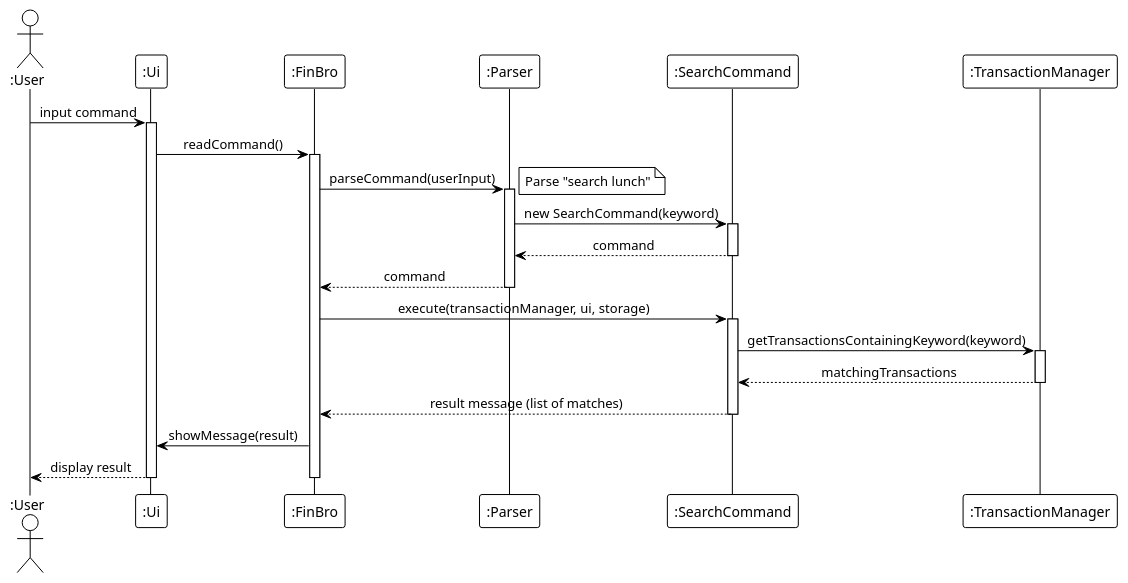
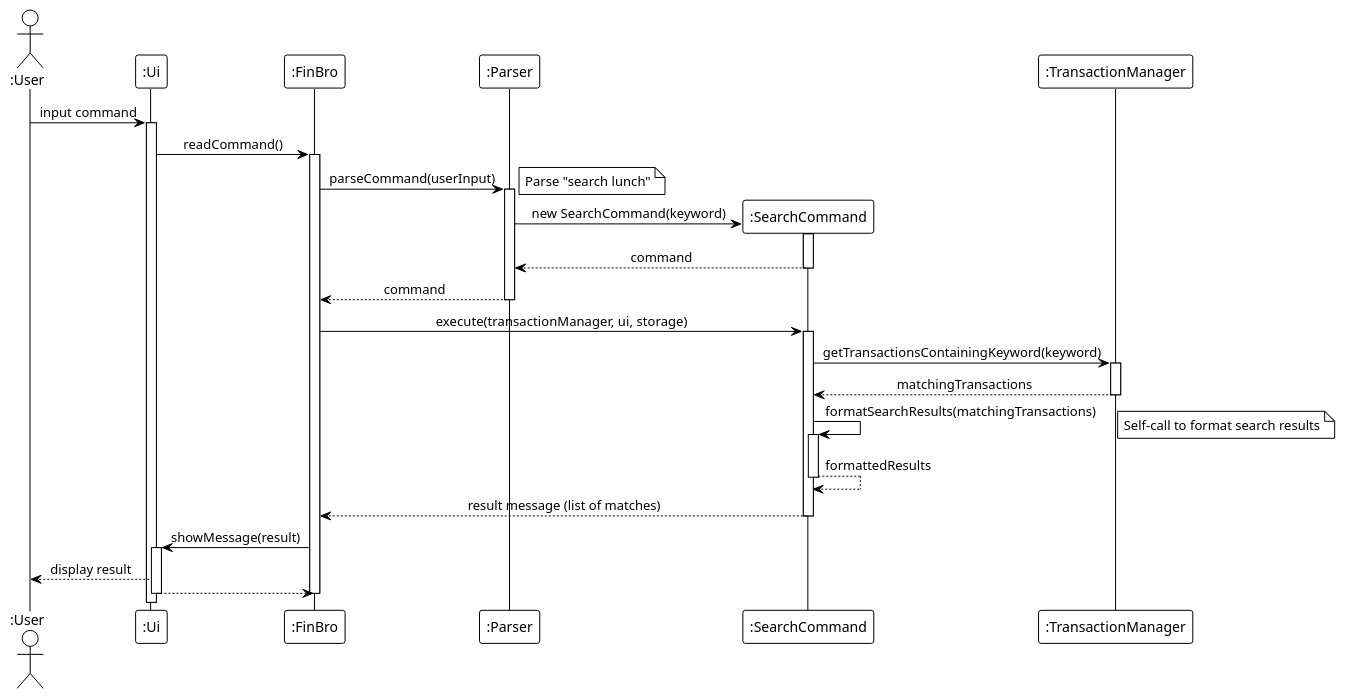
One commit to laitcanard05/tp changed the diagram in docs/diagrams/puml/sequence/sequence-search.puml. Above: the diagram before and after it, drawn with PlantUML. The commit also changed 38 other files, not shown here.

```diff
--- a/docs/diagrams/puml/sequence/sequence-search.puml
+++ b/docs/diagrams/puml/sequence/sequence-search.puml
@@ -1,46 +1,56 @@
 @startuml
 !theme plain
 skinparam sequenceMessageAlign center
 skinparam responseMessageBelowArrow true
+skinparam lifelineStrategy nosolid
 
 actor ":User" as User
 participant ":Ui" as UI
 participant ":FinBro" as FinBro
 participant ":Parser" as Parser
 participant ":SearchCommand" as SearchCommand
 participant ":TransactionManager" as TransactionMgr
 
 User -> UI : input command
 activate UI
 
 UI -> FinBro : readCommand()
 activate FinBro
 
 FinBro -> Parser : parseCommand(userInput)
 activate Parser
 note right: Parse "search lunch"
 
+create SearchCommand
 Parser -> SearchCommand : new SearchCommand(keyword)
 activate SearchCommand
 SearchCommand --> Parser : command
 deactivate SearchCommand
 Parser --> FinBro : command
 deactivate Parser
 
 FinBro -> SearchCommand : execute(transactionManager, ui, storage)
 activate SearchCommand
 
 SearchCommand -> TransactionMgr : getTransactionsContainingKeyword(keyword)
 activate TransactionMgr
 TransactionMgr --> SearchCommand : matchingTransactions
 deactivate TransactionMgr
 
+SearchCommand -> SearchCommand : formatSearchResults(matchingTransactions)
+activate SearchCommand
+note right: Self-call to format search results
+SearchCommand --> SearchCommand : formattedResults
+deactivate SearchCommand
+
 SearchCommand --> FinBro : result message (list of matches)
 deactivate SearchCommand
 
 FinBro -> UI : showMessage(result)
+activate UI
 UI --> User : display result
+UI --> FinBro
 deactivate UI
 deactivate FinBro
 
 @enduml
```
